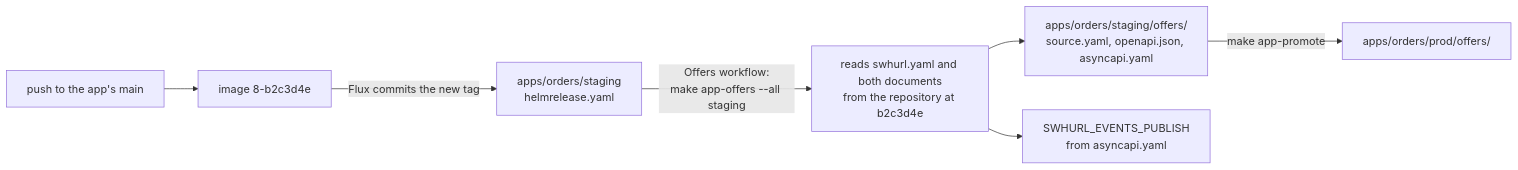
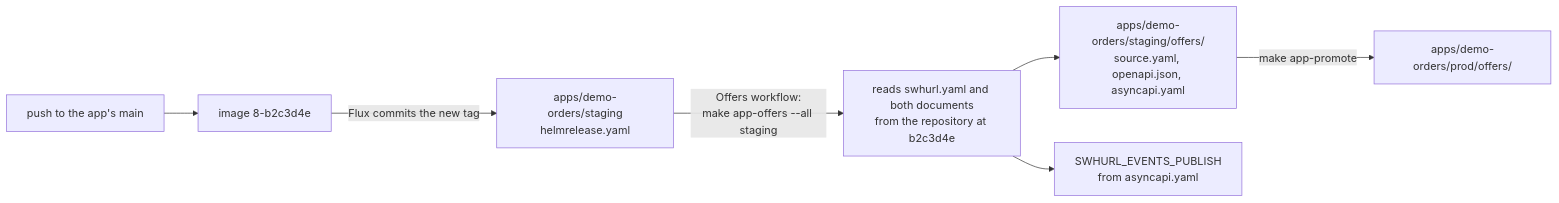
The fifth of 8 diagrams in docs/apps.md (samclement/swhurl-platform), drawn with Mermaid before and after one commit. The commit also changed other lines of this file and 8 other files, not shown here.

First line of the commit message:
docs: the demo apps are the examples, with a walkthrough

````diff
--- a/docs/apps.md
+++ b/docs/apps.md
@@ -304,9 +334,9 @@
 ```mermaid
 flowchart LR
   push["push to the app's main"] --> image["image 8-b2c3d4e"]
-  image -->|"Flux commits the new tag"| staging["apps/orders/staging<br/>helmrelease.yaml"]
+  image -->|"Flux commits the new tag"| staging["apps/demo-orders/staging<br/>helmrelease.yaml"]
   staging -->|"Offers workflow:<br/>make app-offers --all staging"| read["reads swhurl.yaml and both documents<br/>from the repository at b2c3d4e"]
-  read --> kept["apps/orders/staging/offers/<br/>source.yaml, openapi.json, asyncapi.yaml"]
+  read --> kept["apps/demo-orders/staging/offers/<br/>source.yaml, openapi.json, asyncapi.yaml"]
   read --> publishes["SWHURL_EVENTS_PUBLISH<br/>from asyncapi.yaml"]
-  kept -->|"make app-promote"| prod["apps/orders/prod/offers/"]
+  kept -->|"make app-promote"| prod["apps/demo-orders/prod/offers/"]
 ```
````
